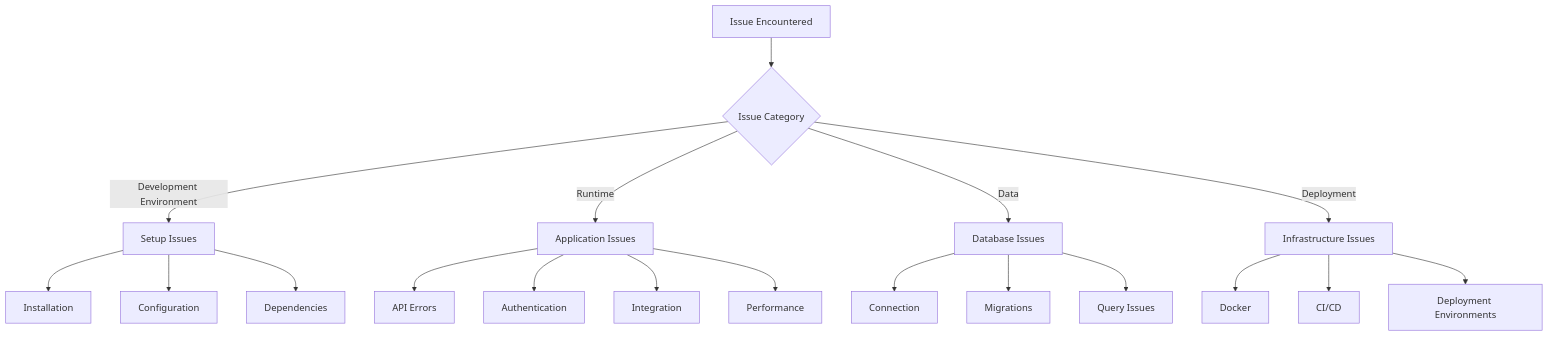
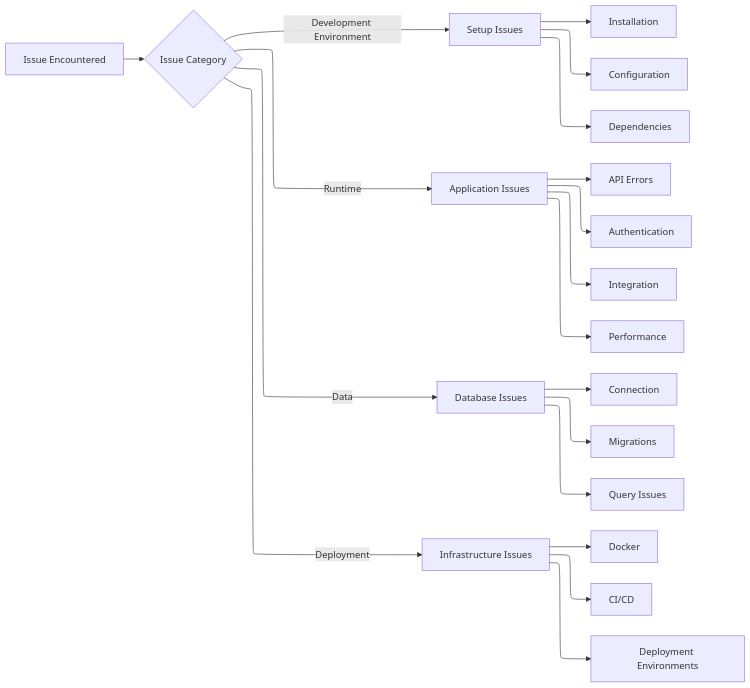
Before and after one commit to definableai/definable.backend: the diagram in docs/pages/troubleshooting/overview.mdx, drawn with Mermaid. The commit also changed other lines of this file and 38 other files, not shown here.

````diff
--- a/docs/pages/troubleshooting/overview.mdx
+++ b/docs/pages/troubleshooting/overview.mdx
@@ -12,25 +12,17 @@
 ```mermaid
-flowchart TD
-    A[Issue Encountered] --> B{Issue Category}
-    B -->|Development Environment| C[Setup Issues]
-    B -->|Runtime| D[Application Issues]
-    B -->|Data| E[Database Issues]
-    B -->|Deployment| F[Infrastructure Issues]
-    
-    C --> C1[Installation]
-    C --> C2[Configuration]
-    C --> C3[Dependencies]
-    
-    D --> D1[API Errors]
-    D --> D2[Authentication]
-    D --> D3[Integration]
-    D --> D4[Performance]
-    
-    E --> E1[Connection]
-    E --> E2[Migrations]
-    E --> E3[Query Issues]
-    
-    F --> F1[Docker]
-    F --> F2[CI/CD]
-    F --> F3[Deployment Environments]
+---
+config:
+  layout: elk
+---
+flowchart LR
+    A["Issue Encountered"] --> B{"Issue Category"}
+    B -- Development Environment --> C["Setup Issues"]
+    B -- Runtime --> D["Application Issues"]
+    B -- Data --> E["Database Issues"]
+    B -- Deployment --> F["Infrastructure Issues"]
+    C --> C1["Installation"] & C2["Configuration"] & C3["Dependencies"]
+    D --> D1["API Errors"] & D2["Authentication"] & D3["Integration"] & D4["Performance"]
+    E --> E1["Connection"] & E2["Migrations"] & E3["Query Issues"]
+    F --> F1["Docker"] & F2["CI/CD"] & F3["Deployment Environments"]
+
 ```
````
